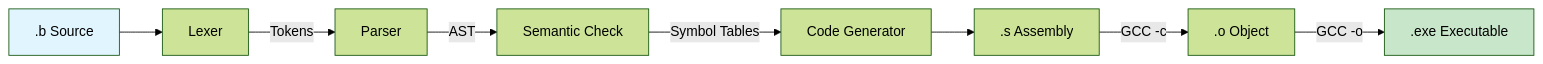
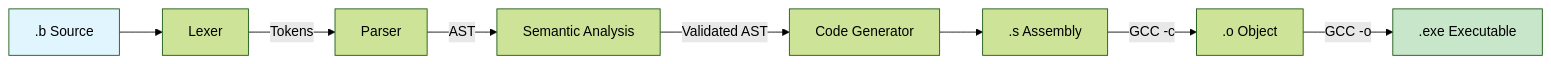
The diagram in docs/INTERNALS.md (OmarAglan/Baa), drawn with Mermaid (forest theme) before and after one commit. The commit also changed other lines of this file and 11 other files, not shown here.

First line of the commit message:
Add semantic analysis pass and refactor symbol sharing

````diff
--- a/docs/INTERNALS.md
+++ b/docs/INTERNALS.md
@@ -32,13 +32,13 @@
 ```mermaid
 flowchart LR
     A[".b Source"] --> B["Lexer"]
     B -->|Tokens| C["Parser"]
-    C -->|AST| D["Semantic Check"]
-    D -->|Symbol Tables| E["Code Generator"]
+    C -->|AST| D["Semantic Analysis"]
+    D -->|Validated AST| E["Code Generator"]
     E --> F[".s Assembly"]
     F -->|GCC -c| G[".o Object"]
     G -->|GCC -o| H[".exe Executable"]
     
     style A fill:#e1f5fe
     style H fill:#c8e6c9
 ```
````
